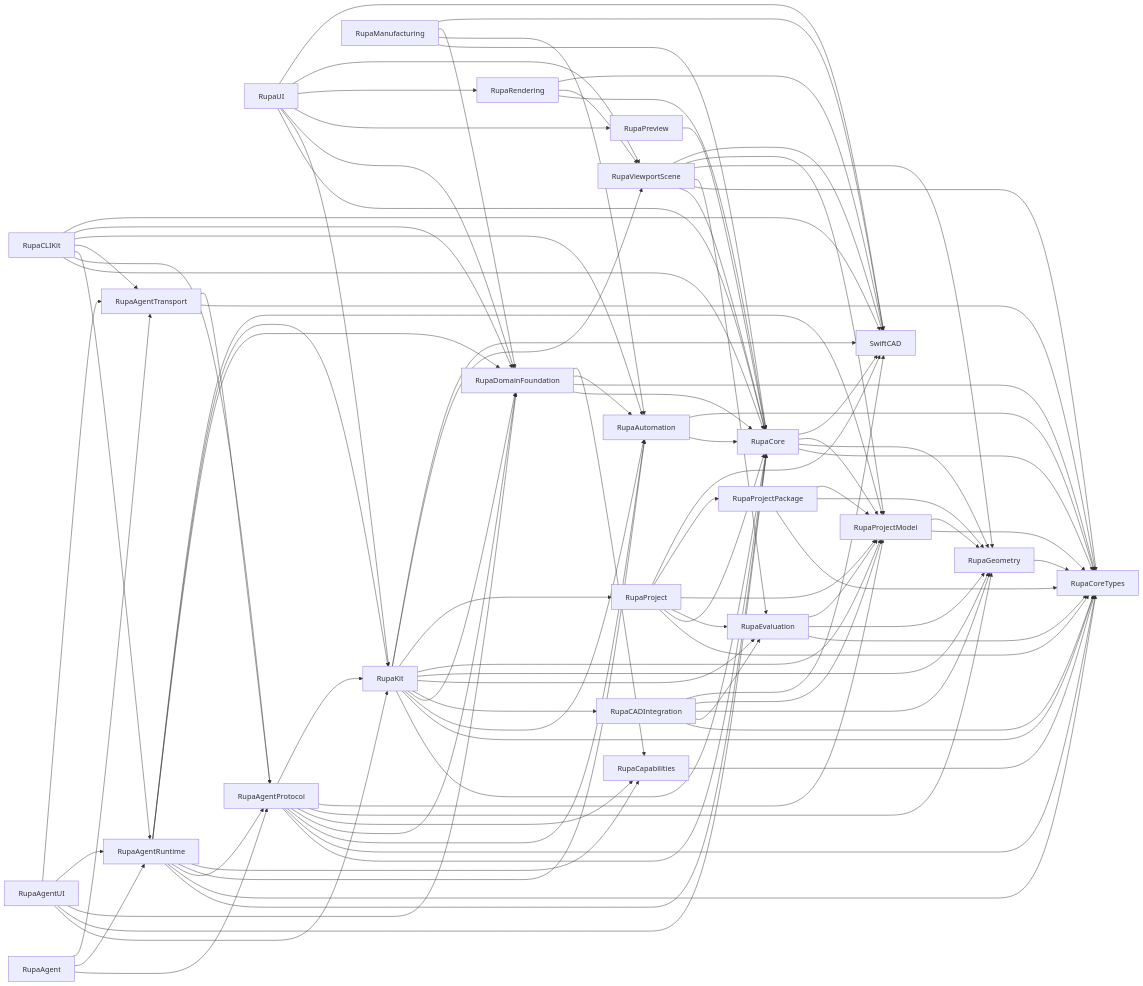
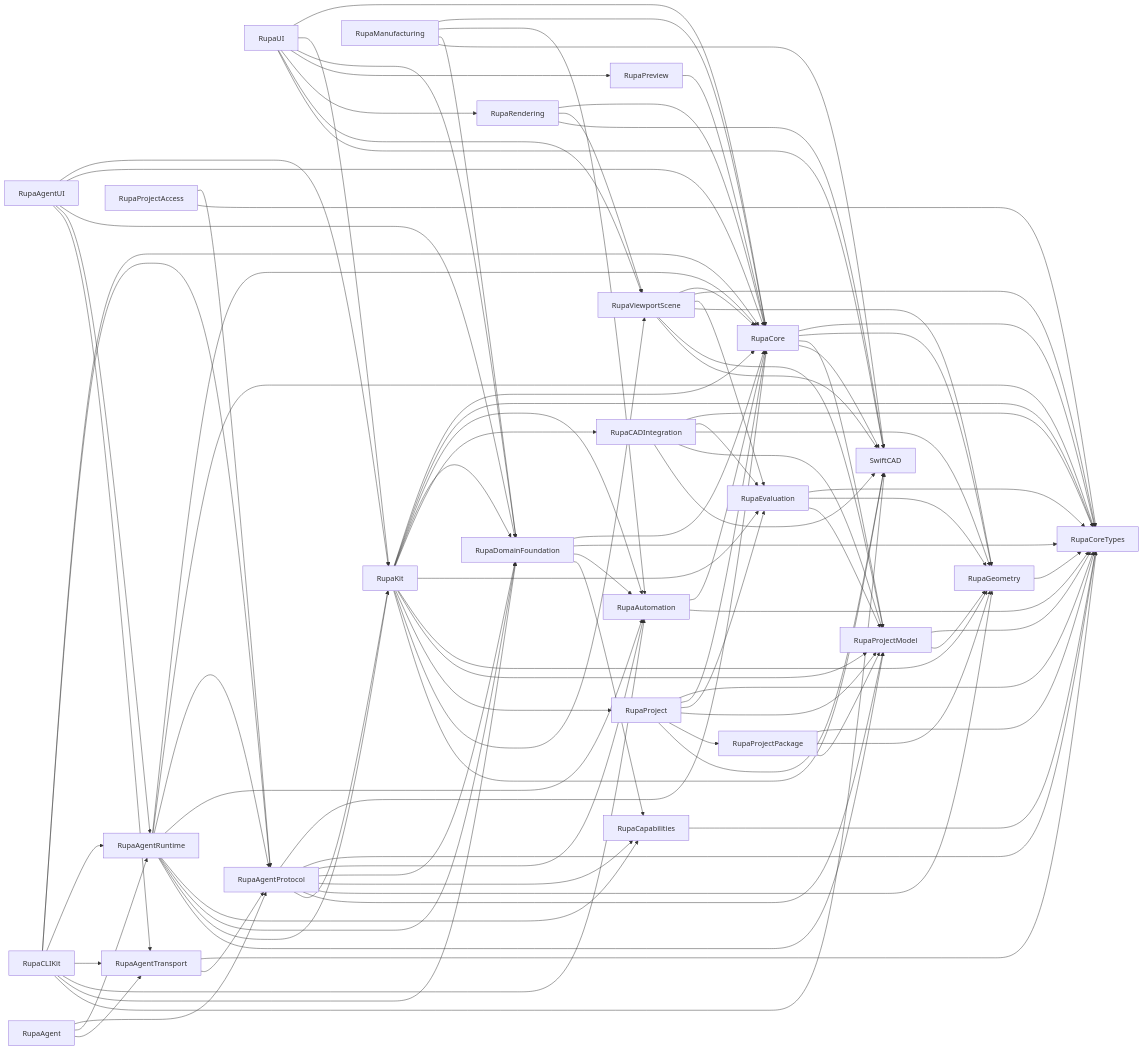
The first of 3 diagrams in RupaKit/ARCHITECTURE.md (1amageek/Rupa), drawn with Mermaid before and after one commit. The commit also changed other lines of this file and 38 other files, not shown here.

Commit message:
Define ProjectController project-access authority

```diff
--- a/RupaKit/ARCHITECTURE.md
+++ b/RupaKit/ARCHITECTURE.md
@@ -95,6 +97,8 @@
     AgentRuntime --> ProjectModel
     AgentTransport[RupaAgentTransport] --> CoreTypes
     AgentTransport --> AgentProtocol
+    ProjectAccess[RupaProjectAccess] --> AgentProtocol
+    ProjectAccess --> CoreTypes
     AgentUI[RupaAgentUI] --> Kit
     AgentUI --> Core
     AgentUI --> Domain
```
